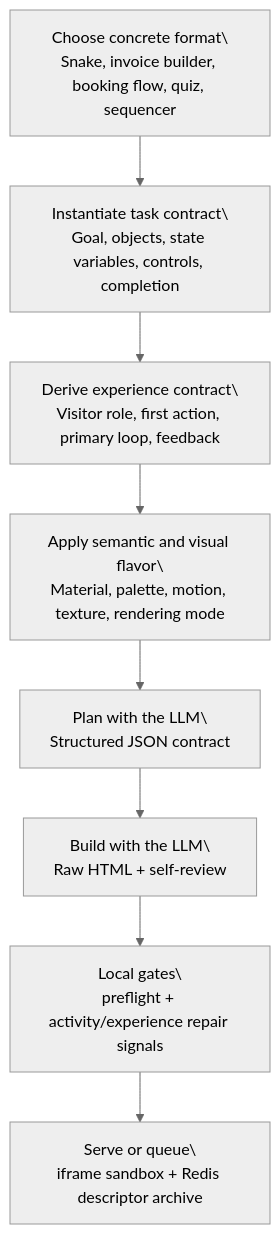
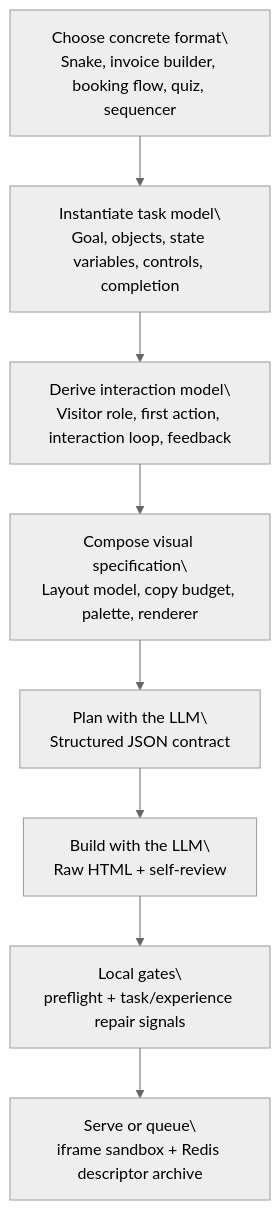
The second of 2 diagrams in docs/ARCHITECTURE.md (lesprgm/Roulette), drawn with Mermaid (neutral theme) before and after one commit. The commit also changed other lines of this file and 1 other file, not shown here.

Commit message:
Refactor architecture documentation and introduce interaction model details

````diff
--- a/docs/ARCHITECTURE.md
+++ b/docs/ARCHITECTURE.md
@@ -97,13 +106,13 @@
 ```mermaid
 flowchart TD
  A["Choose concrete format\\nSnake, invoice builder, booking flow, quiz, sequencer"]
- B["Instantiate task contract\\nGoal, objects, state variables, controls, completion"]
- C["Derive experience contract\\nVisitor role, first action, primary loop, feedback"]
- D["Apply semantic and visual flavor\\nMaterial, palette, motion, texture, rendering mode"]
+ B["Instantiate task model\\nGoal, objects, state variables, controls, completion"]
+ C["Derive interaction model\\nVisitor role, first action, interaction loop, feedback"]
+ D["Compose visual specification\\nLayout model, copy budget, palette, renderer"]
  E["Plan with the LLM\\nStructured JSON contract"]
  F["Build with the LLM\\nRaw HTML + self-review"]
- G["Local gates\\npreflight + activity/experience repair signals"]
+ G["Local gates\\npreflight + task/experience repair signals"]
  H["Serve or queue\\niframe sandbox + Redis descriptor archive"]
 
  A --> B --> C --> D --> E --> F --> G --> H
 ```
````
